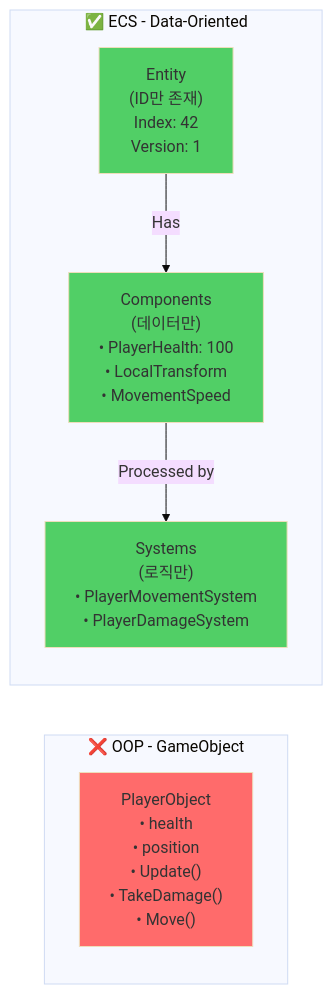
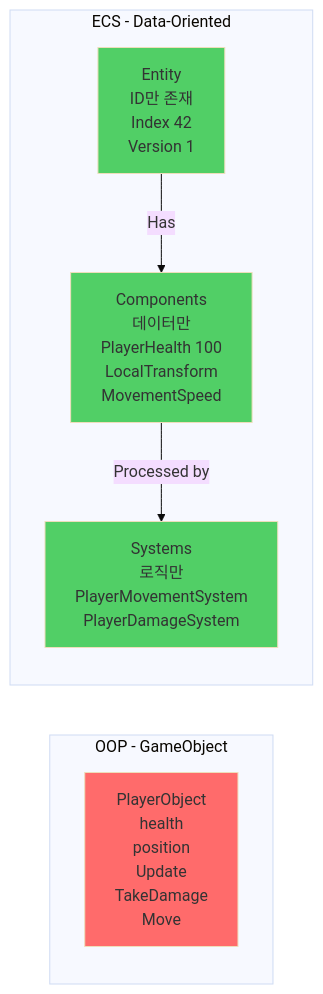
Before and after one commit to lmo0317/projectc: the first of 8 diagrams in README.md, drawn with Mermaid (base theme). The commit also changed other lines of this file, not shown here.

````diff
--- a/README.md
+++ b/README.md
@@ -95,19 +95,19 @@
 ```mermaid
-graph LR
-    subgraph OOP["❌ OOP - GameObject"]
-        A["PlayerObject<br/>• health<br/>• position<br/>• Update()<br/>• TakeDamage()<br/>• Move()"]
+flowchart LR
+    subgraph OOP["OOP - GameObject"]
+        A["PlayerObject<br/>health<br/>position<br/>Update<br/>TakeDamage<br/>Move"]
     end
 
-    subgraph ECS["✅ ECS - Data-Oriented"]
-        B["Entity<br/>(ID만 존재)<br/>Index: 42<br/>Version: 1"]
-        C["Components<br/>(데이터만)<br/>• PlayerHealth: 100<br/>• LocalTransform<br/>• MovementSpeed"]
-        D["Systems<br/>(로직만)<br/>• PlayerMovementSystem<br/>• PlayerDamageSystem"]
+    subgraph ECS["ECS - Data-Oriented"]
+        B["Entity<br/>ID만 존재<br/>Index 42<br/>Version 1"]
+        C["Components<br/>데이터만<br/>PlayerHealth 100<br/>LocalTransform<br/>MovementSpeed"]
+        D["Systems<br/>로직만<br/>PlayerMovementSystem<br/>PlayerDamageSystem"]
         B -->|Has| C
         C -->|Processed by| D
     end
 
     style A fill:#ff6b6b
     style B fill:#51cf66
     style C fill:#51cf66
     style D fill:#51cf66
 ```
````
